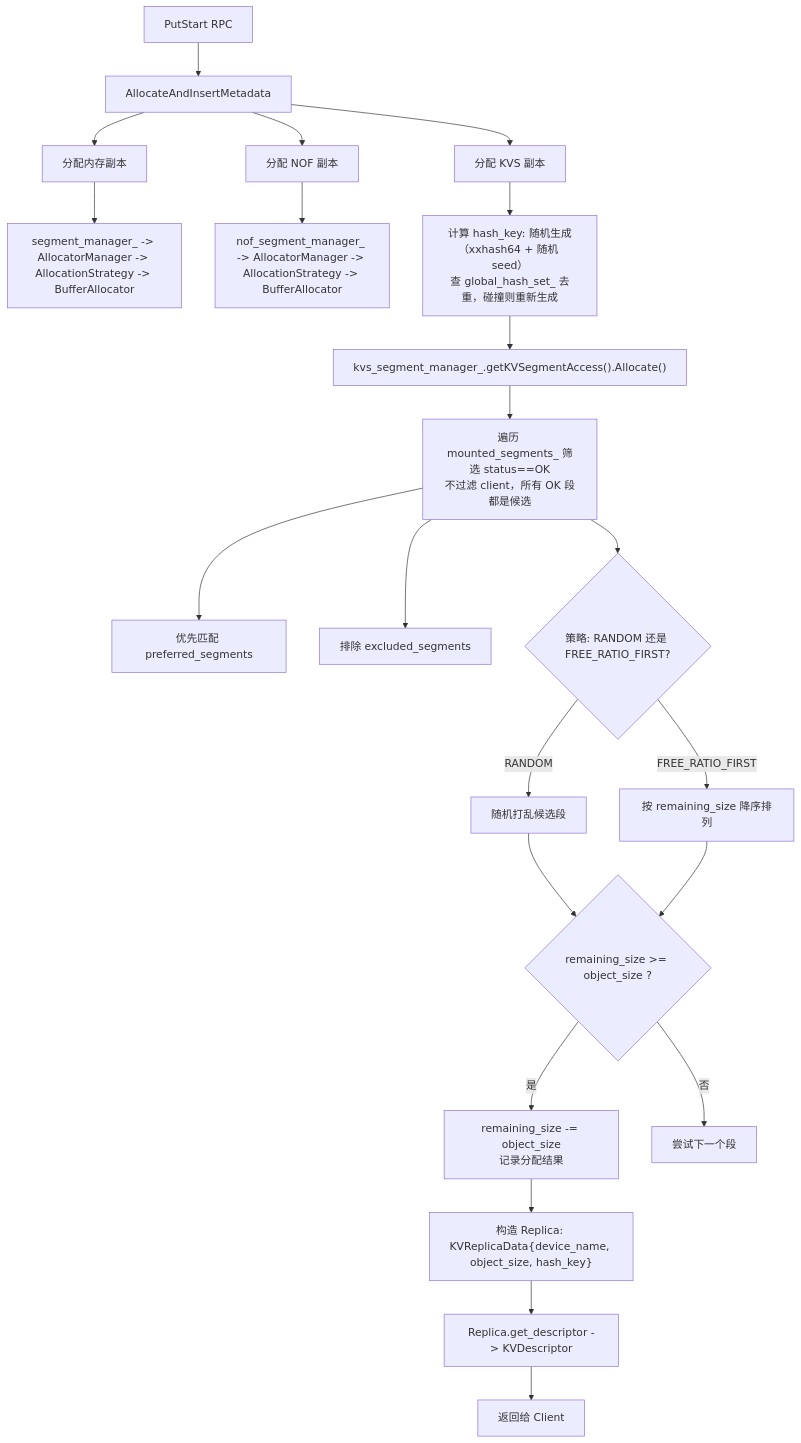
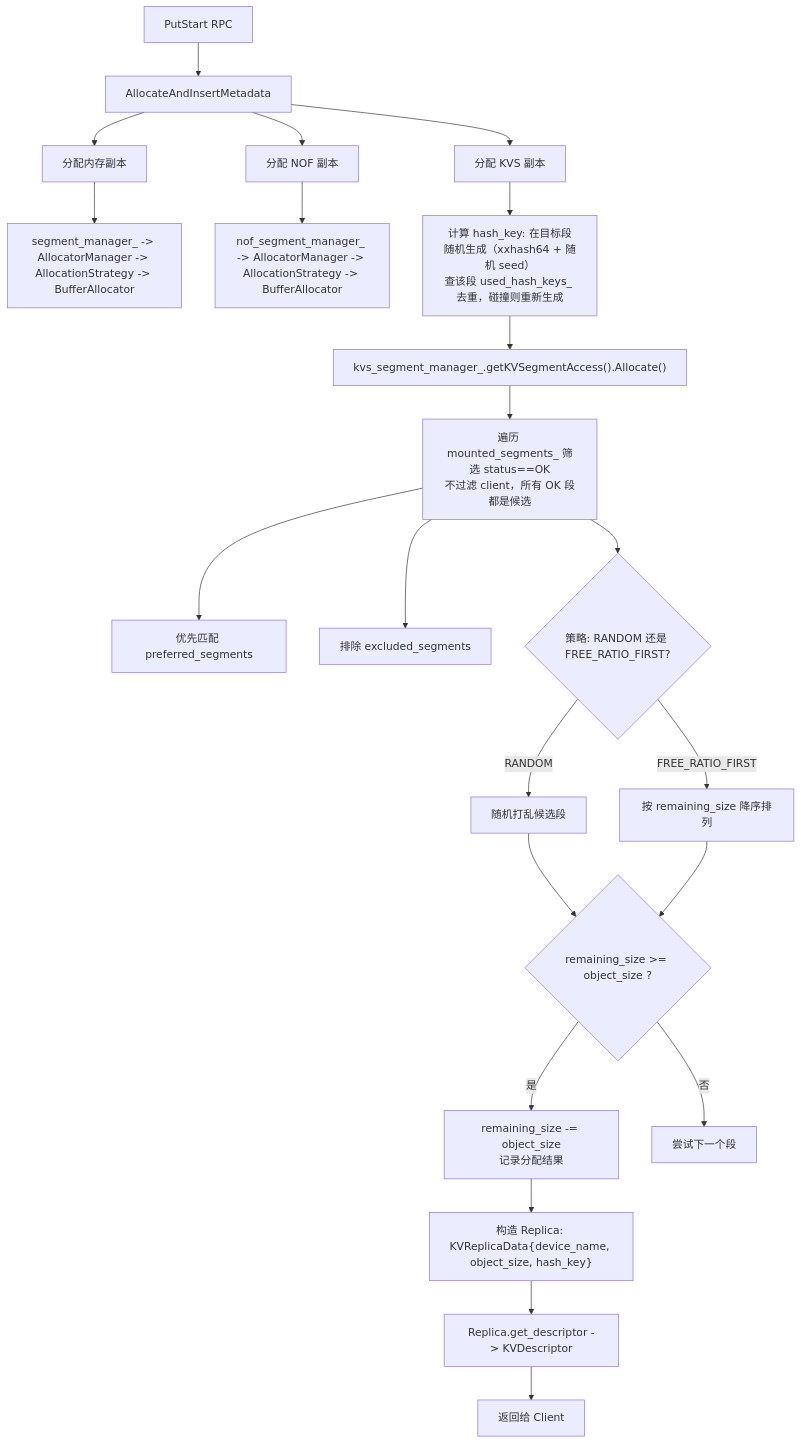
The seventh of 20 diagrams in mooncake-store/docs/KVUSegment_design.md (yz53665/Mooncake), drawn with Mermaid before and after one commit. The commit also changed other lines of this file, not shown here.

````diff
--- a/mooncake-store/docs/KVUSegment_design.md
+++ b/mooncake-store/docs/KVUSegment_design.md
@@ -438,31 +449,31 @@
 ```mermaid
 flowchart TD
     A[PutStart RPC] --> B[AllocateAndInsertMetadata]
 
     B --> C[分配内存副本]
     C --> D["segment_manager_ -> AllocatorManager -> AllocationStrategy -> BufferAllocator"]
 
     B --> F[分配 NOF 副本]
     F --> G["nof_segment_manager_ -> AllocatorManager -> AllocationStrategy -> BufferAllocator"]
 
     B --> I[分配 KVS 副本]
-    I --> H["计算 hash_key: 随机生成（xxhash64 + 随机 seed）<br/>查 global_hash_set_ 去重，碰撞则重新生成"]
+    I --> H["计算 hash_key: 在目标段随机生成（xxhash64 + 随机 seed）<br/>查该段 used_hash_keys_ 去重，碰撞则重新生成"]
     H --> J["kvs_segment_manager_.getKVSegmentAccess().Allocate()"]
 
     J --> K["遍历 mounted_segments_ 筛选 status==OK<br/>不过滤 client，所有 OK 段都是候选"]
     K --> L[优先匹配 preferred_segments]
     K --> M[排除 excluded_segments]
     K --> N{策略: RANDOM 还是 FREE_RATIO_FIRST?}
     N -->|RANDOM| O[随机打乱候选段]
     N -->|FREE_RATIO_FIRST| P[按 remaining_size 降序排列]
 
     O --> Q{"remaining_size >= object_size ?"}
     P --> Q
 
     Q -->|是| R["remaining_size -= object_size<br/>记录分配结果"]
     Q -->|否| S[尝试下一个段]
 
     R --> T["构造 Replica: KVReplicaData{device_name, object_size, hash_key}"]
     T --> U["Replica.get_descriptor -> KVDescriptor"]
     U --> X[返回给 Client]
 ```
````
